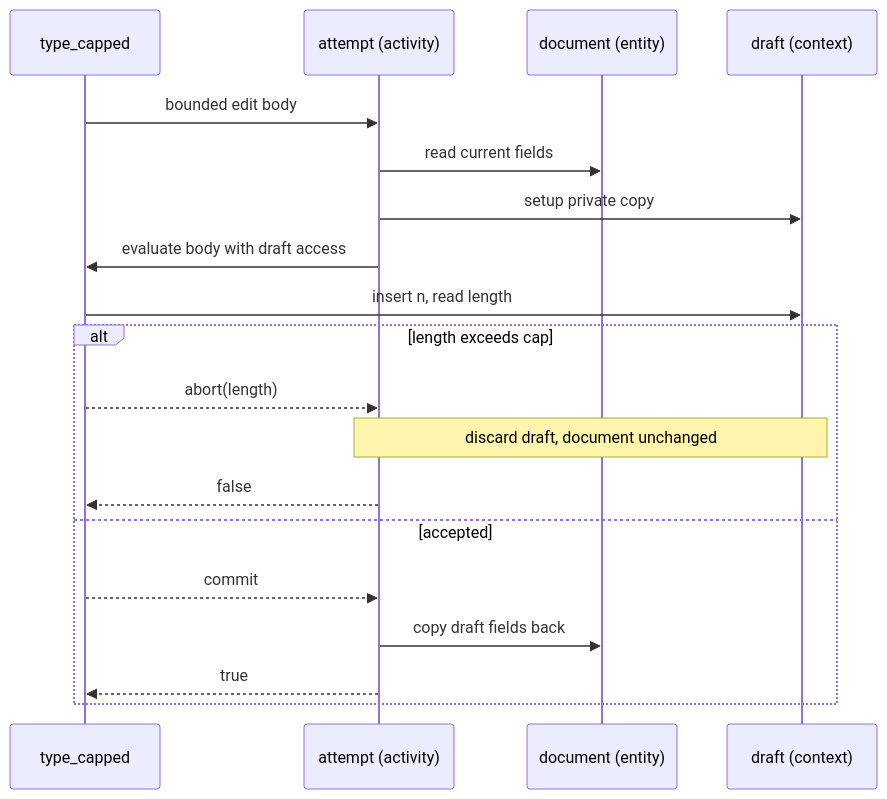
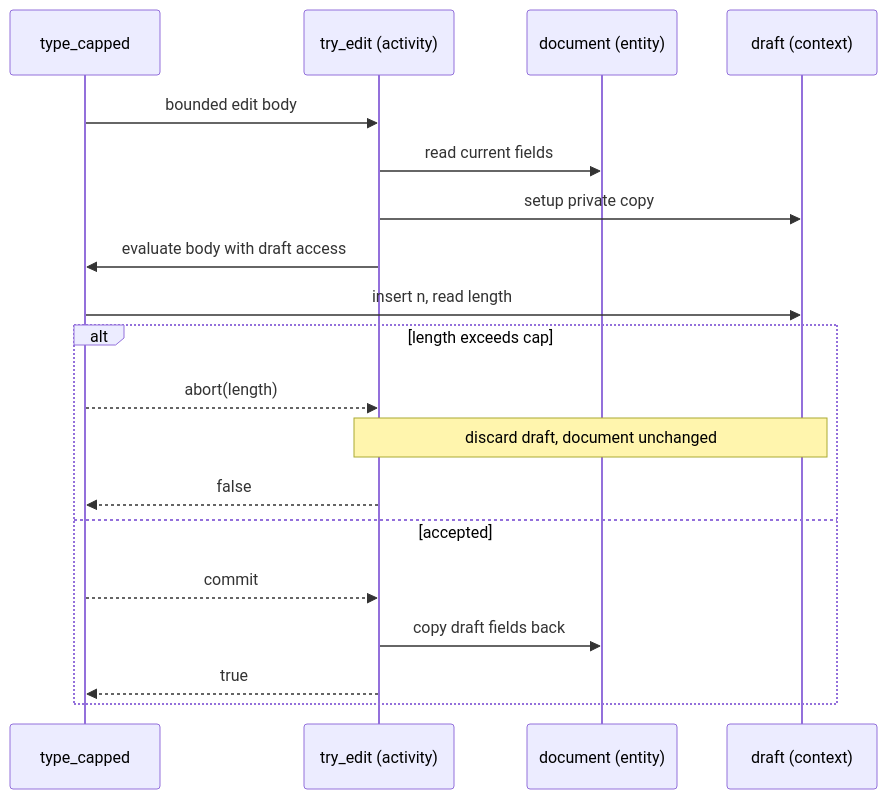
One commit to cperion/nua changed the fifth of 8 diagrams in docs/designing-and-writing-nua.md. Above: the diagram before and after it, drawn with Mermaid. The commit also changed other lines of this file and 160 other files, not shown here.

````diff
--- a/docs/designing-and-writing-nua.md
+++ b/docs/designing-and-writing-nua.md
@@ -464,21 +469,21 @@
 ```mermaid
 sequenceDiagram
     participant Caller as type_capped
-    participant A as attempt (activity)
+    participant A as try_edit (activity)
     participant D as document (entity)
     participant W as draft (context)
     Caller->>A: bounded edit body
     A->>D: read current fields
     A->>W: setup private copy
     A->>Caller: evaluate body with draft access
     Caller->>W: insert n, read length
     alt length exceeds cap
         Caller-->>A: abort(length)
         Note over A,W: discard draft, document unchanged
         A-->>Caller: false
     else accepted
         Caller-->>A: commit
         A->>D: copy draft fields back
         A-->>Caller: true
     end
 ```
````
